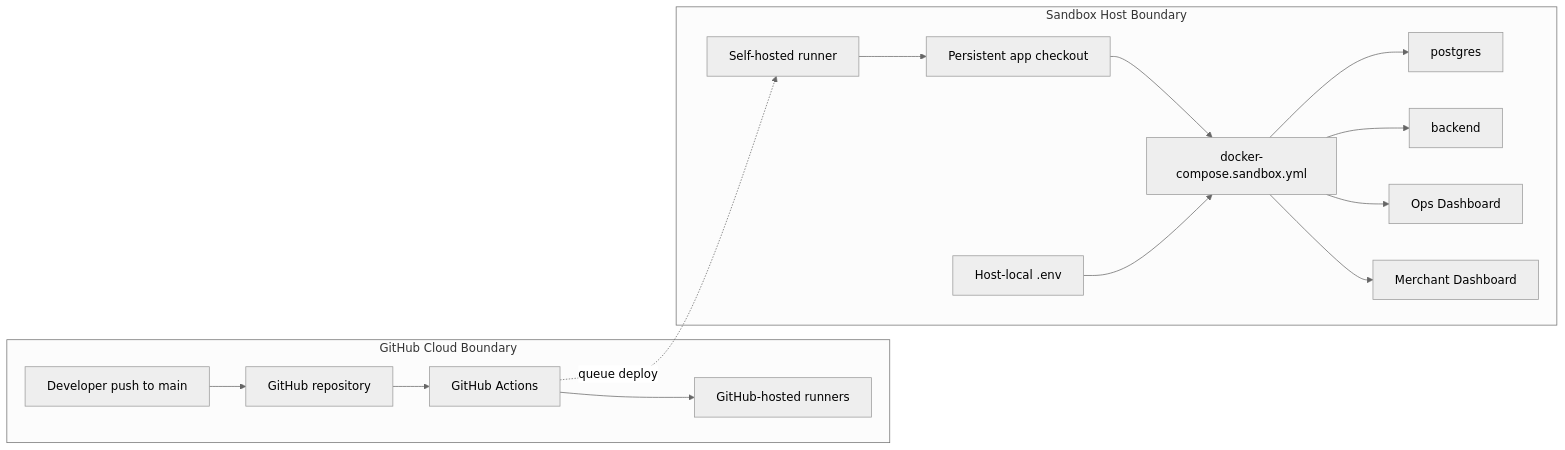
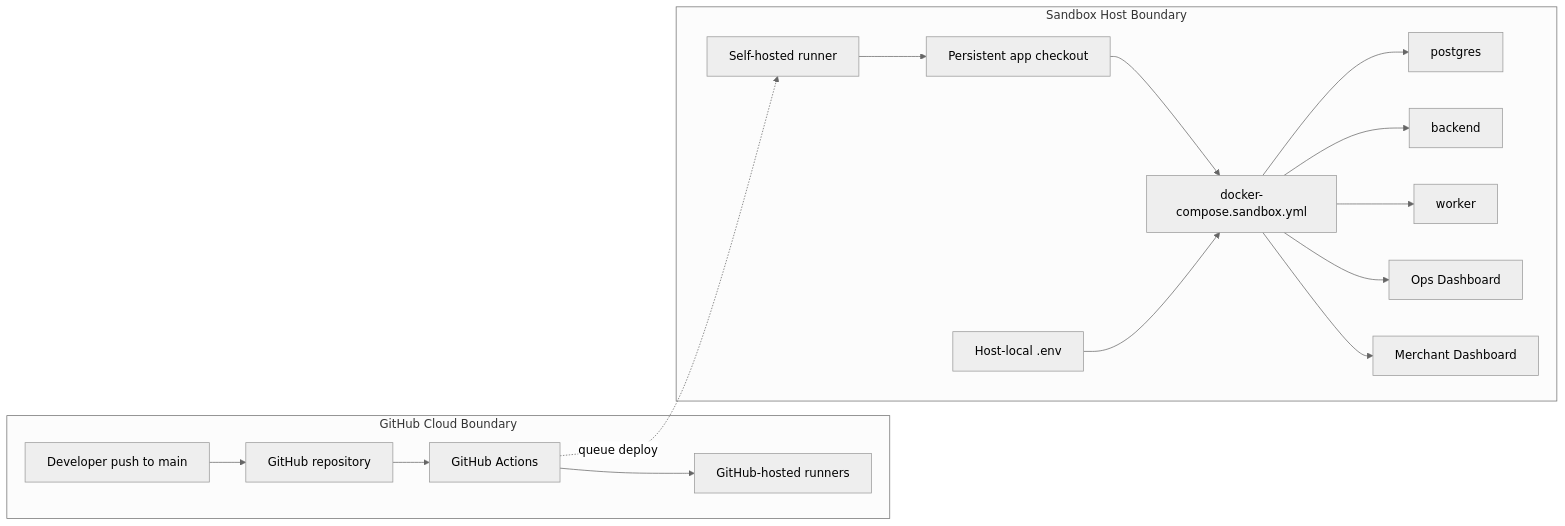
The first of 2 diagrams in docs/infrastructure/devops-architecture.md (biabeogo147/mini-payment-gateway), drawn with Mermaid (neutral theme) before and after one commit. The commit also changed other lines of this file and 75 other files, not shown here.

Commit message:
Add pilot VietQR payment flow

````diff
--- a/docs/infrastructure/devops-architecture.md
+++ b/docs/infrastructure/devops-architecture.md
@@ -42,29 +43,31 @@
 ```mermaid
 flowchart LR
     subgraph GitHub["GitHub Cloud Boundary"]
         Dev["Developer push to main"]
         Repo["GitHub repository"]
         Actions["GitHub Actions"]
         Hosted["GitHub-hosted runners"]
     end
 
     subgraph Sandbox["Sandbox Host Boundary"]
         Runner["Self-hosted runner"]
         Checkout["Persistent app checkout"]
         Compose["docker-compose.sandbox.yml"]
         Env["Host-local .env"]
         DB["postgres"]
         API["backend"]
+        Worker["worker"]
         OpsUI["Ops Dashboard"]
         MerchantUI["Merchant Dashboard"]
     end
 
     Dev --> Repo --> Actions --> Hosted
     Actions -. queue deploy .-> Runner
     Runner --> Checkout --> Compose
     Env --> Compose
     Compose --> DB
     Compose --> API
+    Compose --> Worker
     Compose --> OpsUI
     Compose --> MerchantUI
 ```
````
